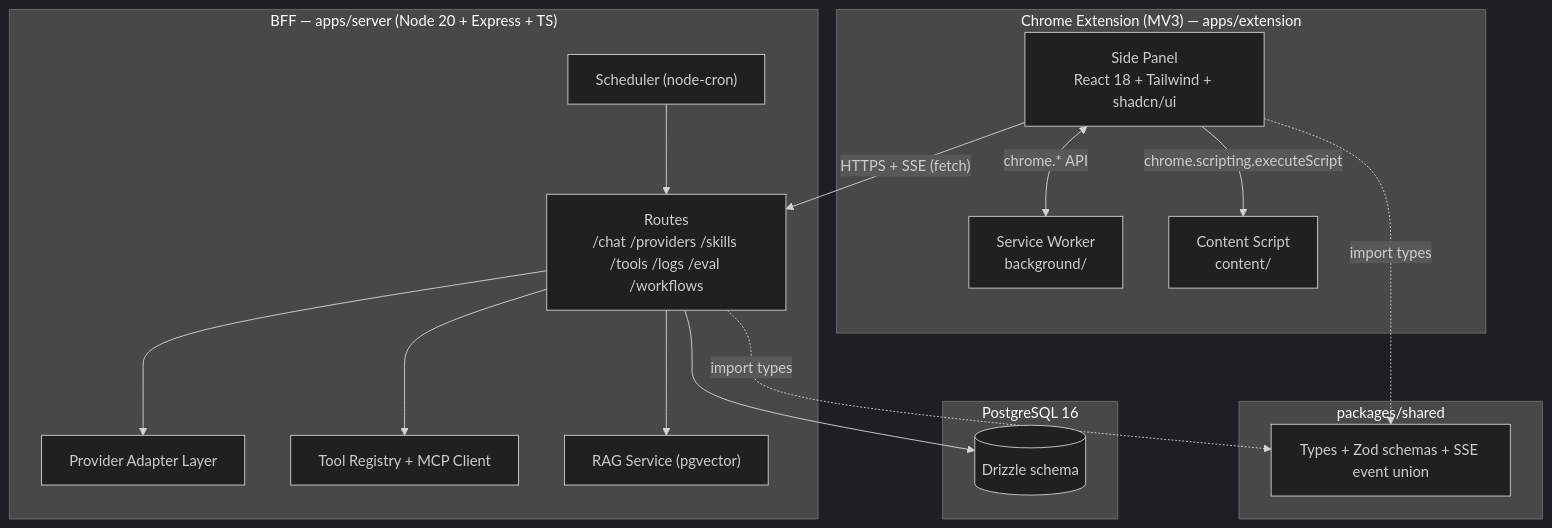
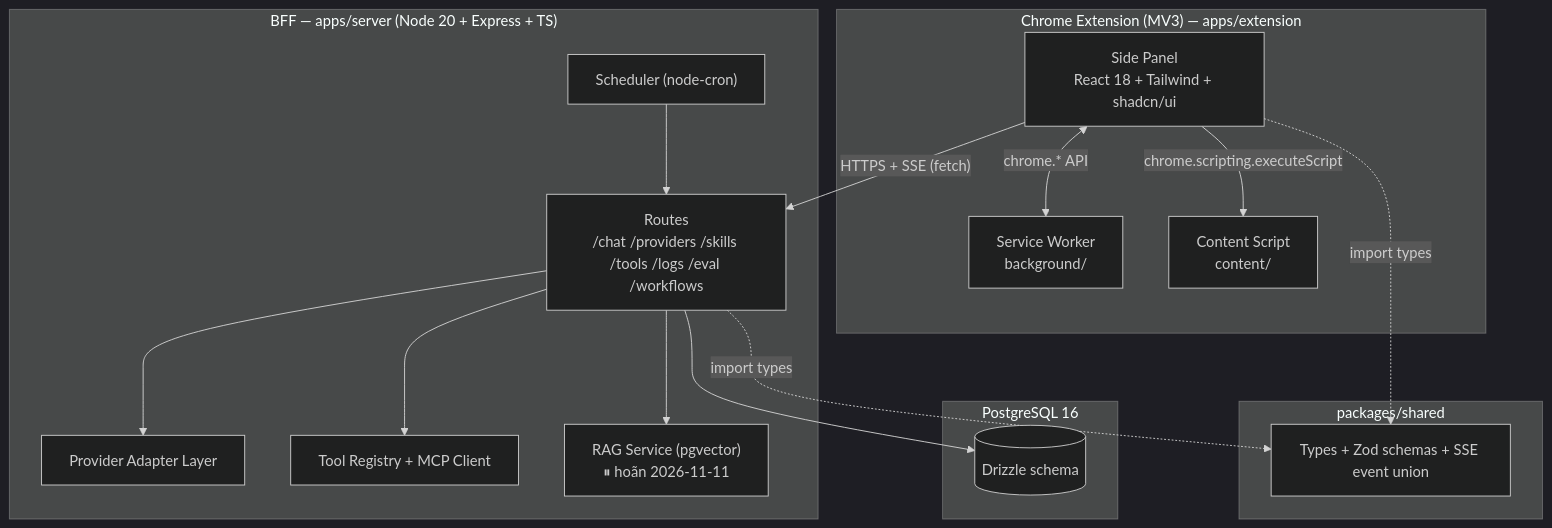
The first of 21 diagrams in docs/SYSTEM_DESIGN.md (HoangDucHiep/uddn_extension_chat), drawn with Mermaid (dark theme) before and after one commit. The commit also changed other lines of this file and 8 other files, not shown here.

````diff
--- a/docs/SYSTEM_DESIGN.md
+++ b/docs/SYSTEM_DESIGN.md
@@ -12,32 +12,32 @@
 ```mermaid
 flowchart TB
     subgraph chrome ["Chrome Extension (MV3) — apps/extension"]
         SP["Side Panel<br/>React 18 + Tailwind + shadcn/ui"]
         SW["Service Worker<br/>background/"]
         CS["Content Script<br/>content/"]
     end
     subgraph server ["BFF — apps/server (Node 20 + Express + TS)"]
         RT["Routes<br/>/chat /providers /skills /tools /logs /eval /workflows"]
         AD["Provider Adapter Layer"]
         TL["Tool Registry + MCP Client"]
-        RG["RAG Service (pgvector)"]
+        RG["RAG Service (pgvector)<br/>⏸ hoãn 2026-11-11"]
         SCH["Scheduler (node-cron)"]
     end
     subgraph data ["PostgreSQL 16"]
         DB[("Drizzle schema")]
     end
     subgraph shared ["packages/shared"]
         T["Types + Zod schemas + SSE event union"]
     end
 
     SP -->|"HTTPS + SSE (fetch)"| RT
     SP <-->|"chrome.* API"| SW
     SP -->|"chrome.scripting.executeScript"| CS
     RT --> AD
     RT --> TL
     RT --> RG
     SCH --> RT
     RT --> DB
     SP -.->|"import types"| T
     RT -.->|"import types"| T
 ```
````
